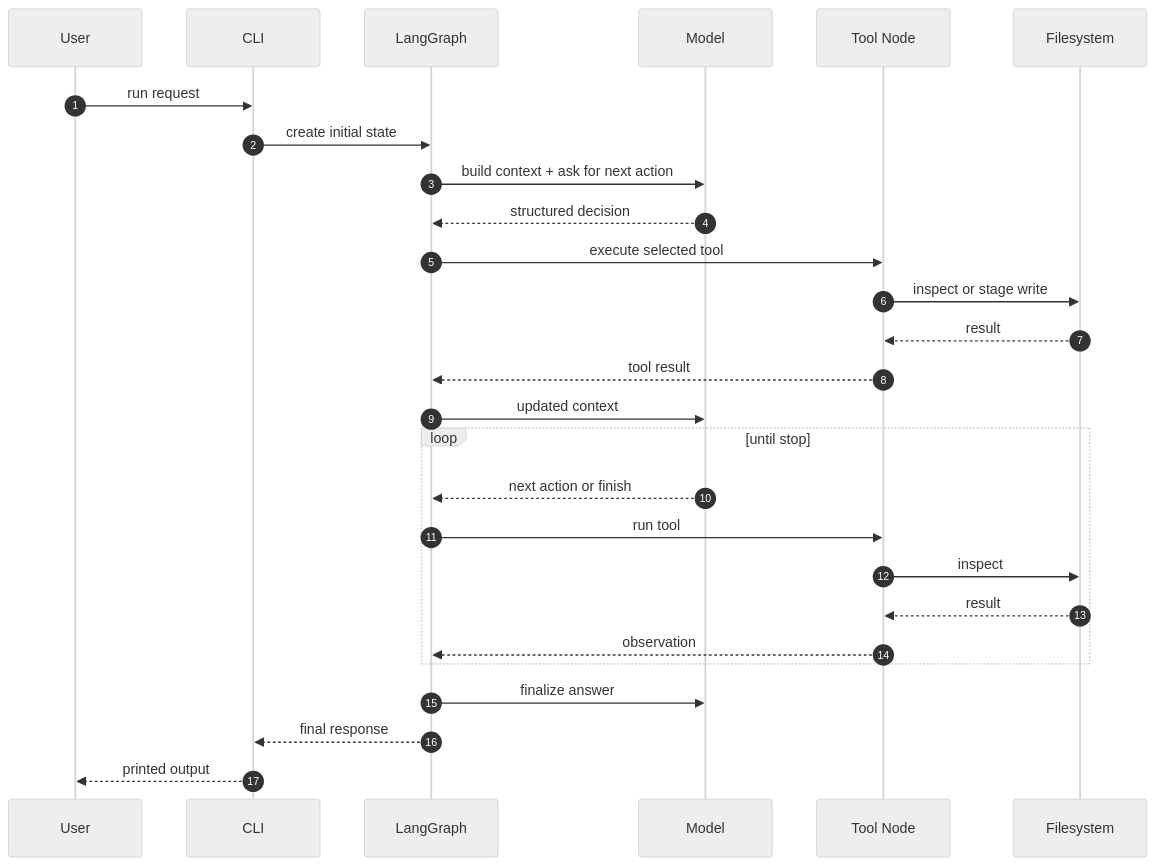
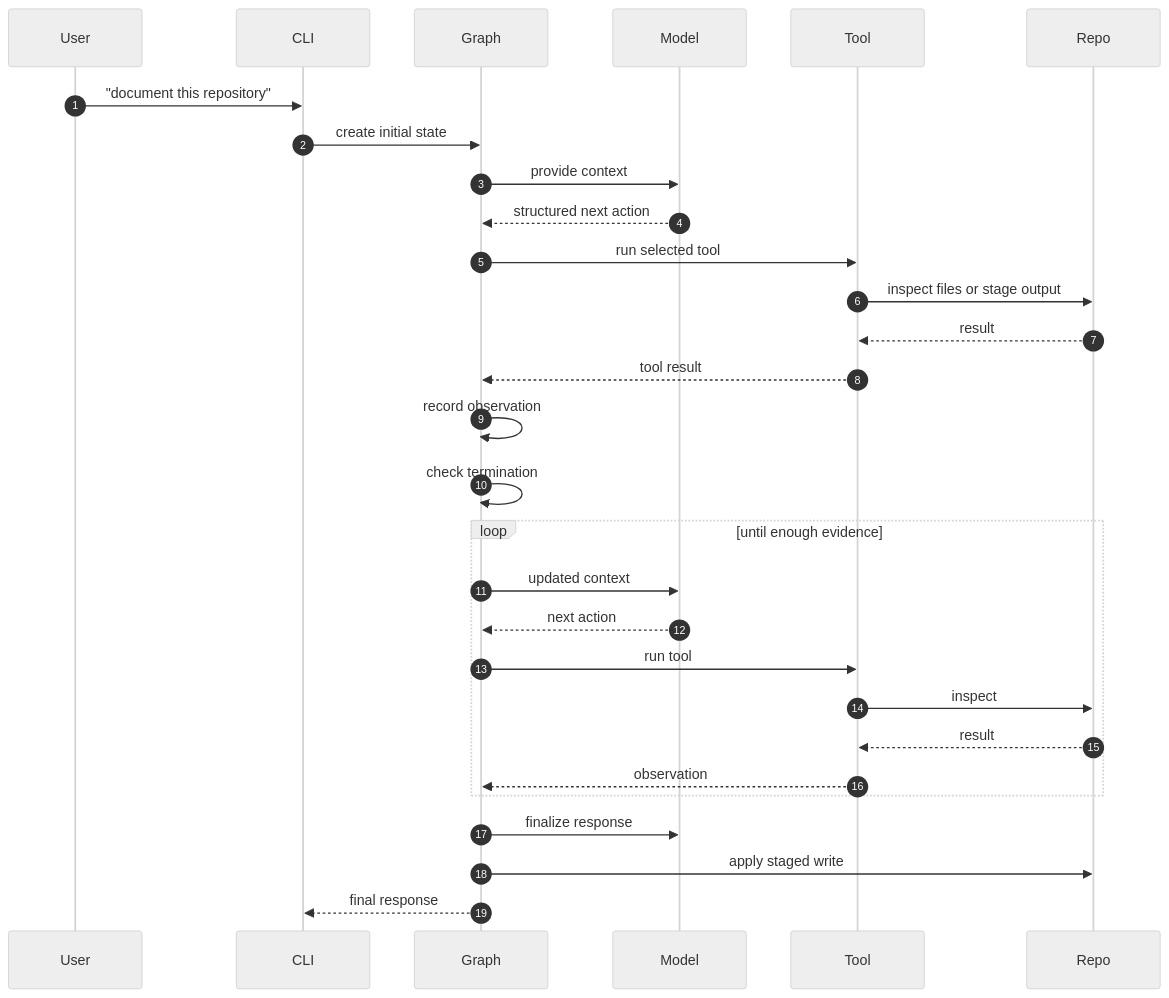
The fourth of 4 diagrams in README.md (riturajFi/Tinkler), drawn with Mermaid (neutral theme) before and after one commit. The commit also changed other lines of this file, not shown here.

````diff
--- a/README.md
+++ b/README.md
@@ -153,30 +172,32 @@
 ```mermaid
 sequenceDiagram
     autonumber
     participant U as User
     participant CLI as CLI
-    participant G as LangGraph
+    participant G as Graph
     participant M as Model
-    participant T as Tool Node
-    participant FS as Filesystem
+    participant T as Tool
+    participant R as Repo
 
-    U->>CLI: run request
+    U->>CLI: "document this repository"
     CLI->>G: create initial state
-    G->>M: build context + ask for next action
-    M-->>G: structured decision
-    G->>T: execute selected tool
-    T->>FS: inspect or stage write
-    FS-->>T: result
+    G->>M: provide context
+    M-->>G: structured next action
+    G->>T: run selected tool
+    T->>R: inspect files or stage output
+    R-->>T: result
     T-->>G: tool result
-    G->>M: updated context
-    loop until stop
-        M-->>G: next action or finish
+    G->>G: record observation
+    G->>G: check termination
+    loop until enough evidence
+        G->>M: updated context
+        M-->>G: next action
         G->>T: run tool
-        T->>FS: inspect
-        FS-->>T: result
+        T->>R: inspect
+        R-->>T: result
         T-->>G: observation
     end
-    G->>M: finalize answer
+    G->>M: finalize response
+    G->>R: apply staged write
     G-->>CLI: final response
-    CLI-->>U: printed output
 ```
````
